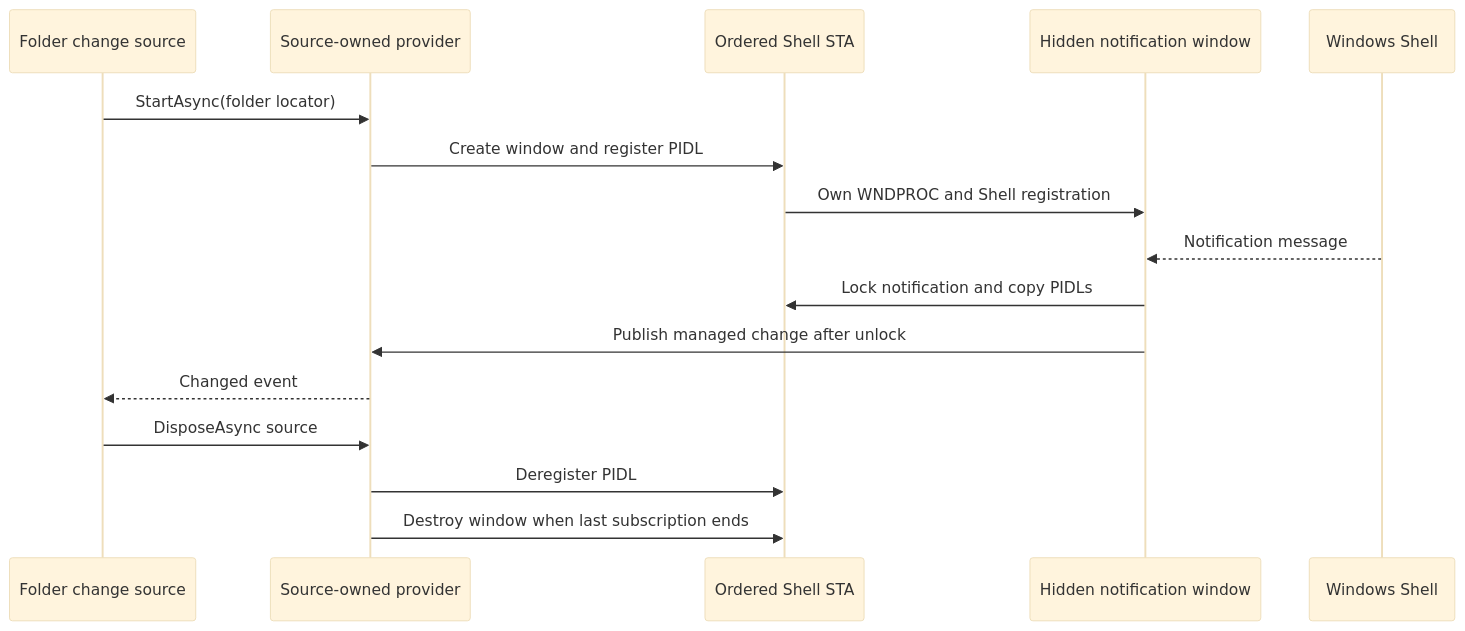
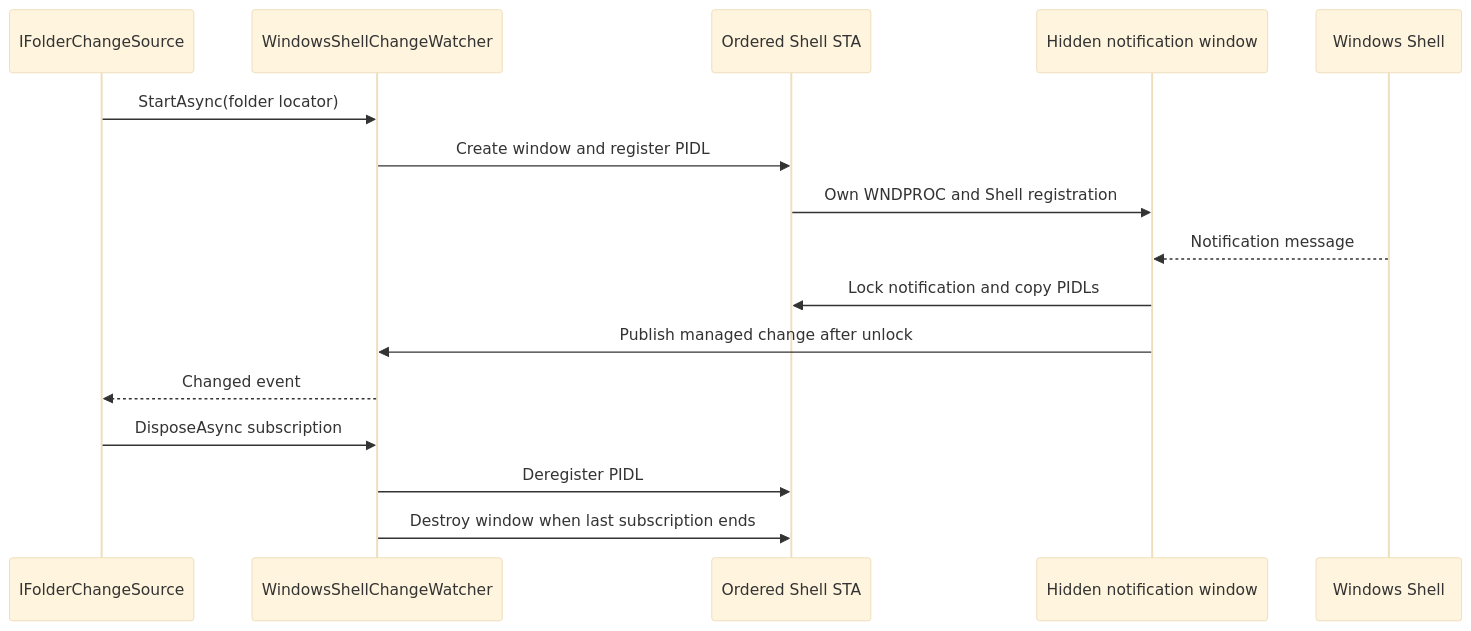
One commit to 0x5bfa/Files changed the fifth of 8 diagrams in docs/architecture/windows-storage.md. Above: the diagram before and after it, drawn with Mermaid (base theme). The commit also changed other lines of this file and 260 other files, not shown here.

Commit message:
Simplify Files.Core architecture terminology

````diff
--- a/docs/architecture/windows-storage.md
+++ b/docs/architecture/windows-storage.md
@@ -158,19 +158,19 @@
 ```mermaid
 sequenceDiagram
-    participant Model as Folder change source
-    participant Provider as Source-owned provider
+    participant Model as IFolderChangeSource
+    participant Watcher as WindowsShellChangeWatcher
     participant STA as Ordered Shell STA
     participant Window as Hidden notification window
     participant Shell as Windows Shell
 
-    Model->>Provider: StartAsync(folder locator)
-    Provider->>STA: Create window and register PIDL
+    Model->>Watcher: StartAsync(folder locator)
+    Watcher->>STA: Create window and register PIDL
     STA->>Window: Own WNDPROC and Shell registration
     Shell-->>Window: Notification message
     Window->>STA: Lock notification and copy PIDLs
-    Window->>Provider: Publish managed change after unlock
-    Provider-->>Model: Changed event
-    Model->>Provider: DisposeAsync source
-    Provider->>STA: Deregister PIDL
-    Provider->>STA: Destroy window when last subscription ends
+    Window->>Watcher: Publish managed change after unlock
+    Watcher-->>Model: Changed event
+    Model->>Watcher: DisposeAsync subscription
+    Watcher->>STA: Deregister PIDL
+    Watcher->>STA: Destroy window when last subscription ends
 ```
````
